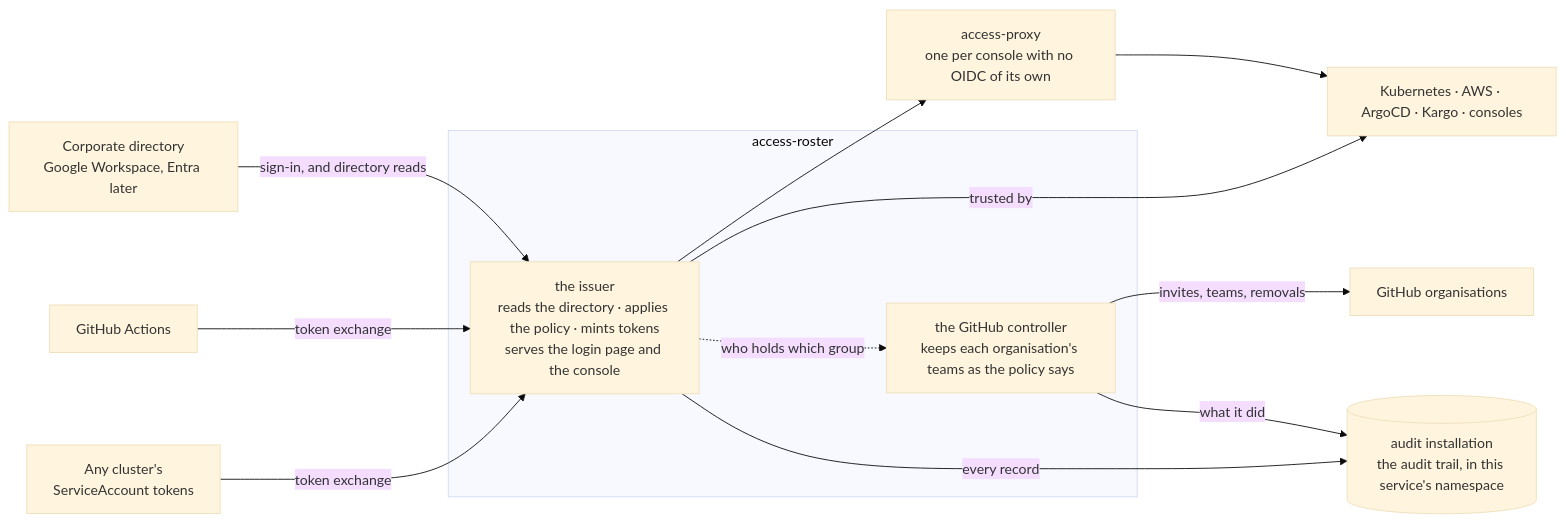
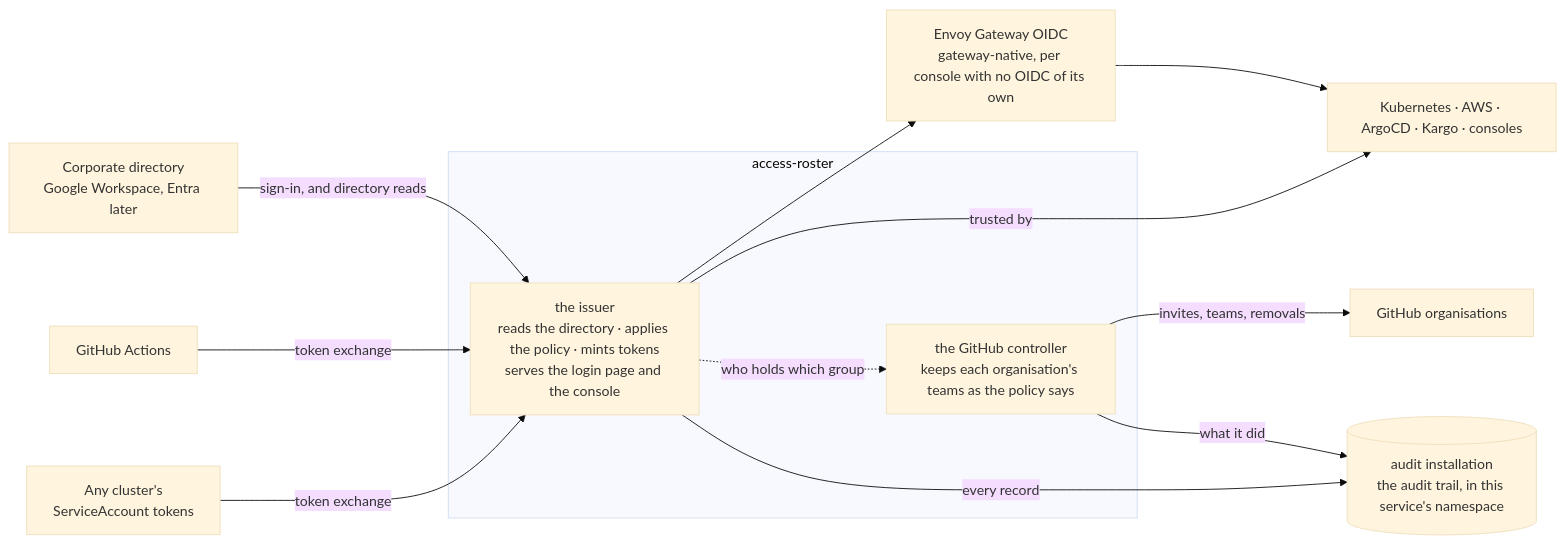
One commit to truvity/access-roster changed the diagram in README.md. Above: the diagram before and after it, drawn with Mermaid (base theme). The commit also changed other lines of this file and 2 other files, not shown here.

Commit message:
docs: remove access-proxy chart presentation, complete ADR 0003 implementation
Update four documentation sections to remove presentation of the removed
access-proxy Helm chart:

- README.md mermaid diagram: replace `access-proxy` node with `Envoy Gateway OIDC`
  (gateway-native OIDC is the standard for consoles without an OIDC flow)
- README.md walkthrough: reference gateway-native OIDC instead of `access-proxy`
- docs/connect/business-surface.md: remove access-proxy as an option; present
  Envoy Gateway with SecurityPolicy/OIDC and upstream oauth2-proxy for others
- docs/design/access-roster.md: note the chart was removed in v1.32.0 (ADR 0003);
  point to design/access-proxy.md for the oauth2-proxy recipe

The access-proxy chart is no longer published as of v1.32.0. Gateway-native OIDC
via Envoy Gateway SecurityPolicy is the standard for new deployments.

````diff
--- a/README.md
+++ b/README.md
@@ -140,26 +140,26 @@
 ```mermaid
 flowchart LR
   idp["Corporate directory<br/>Google Workspace, Entra later"]
   gh["GitHub Actions"]
   k8s["Any cluster's<br/>ServiceAccount tokens"]
 
   subgraph ar["access-roster"]
     iss["the issuer<br/>reads the directory · applies the policy · mints tokens<br/>serves the login page and the console"]
     ctl["the GitHub controller<br/>keeps each organisation's teams as the policy says"]
   end
 
-  proxy["access-proxy<br/>one per console with no OIDC of its own"]
+  gg["Envoy Gateway OIDC<br/>gateway-native, per console with no OIDC of its own"]
   apps["Kubernetes · AWS · ArgoCD · Kargo · consoles"]
   orgs["GitHub organisations"]
   aud[("audit installation<br/>the audit trail, in this service's namespace")]
 
   idp -- "sign-in, and directory reads" --> iss
   gh -- "token exchange" --> iss
   k8s -- "token exchange" --> iss
-  iss --> proxy --> apps
+  iss --> gg --> apps
   iss -- "trusted by" --> apps
   iss -. "who holds which group" .-> ctl
   ctl -- "invites, teams, removals" --> orgs
   iss -- "every record" --> aud
   ctl -- "what it did" --> aud
 ```
````
